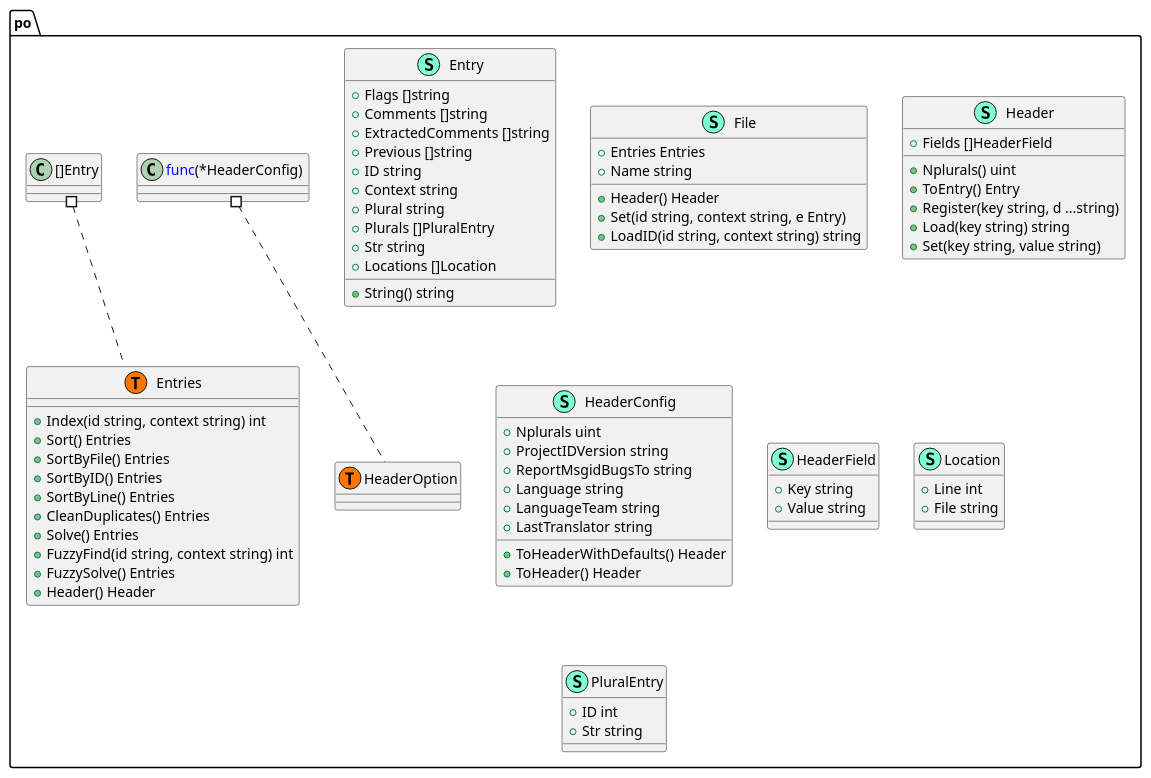
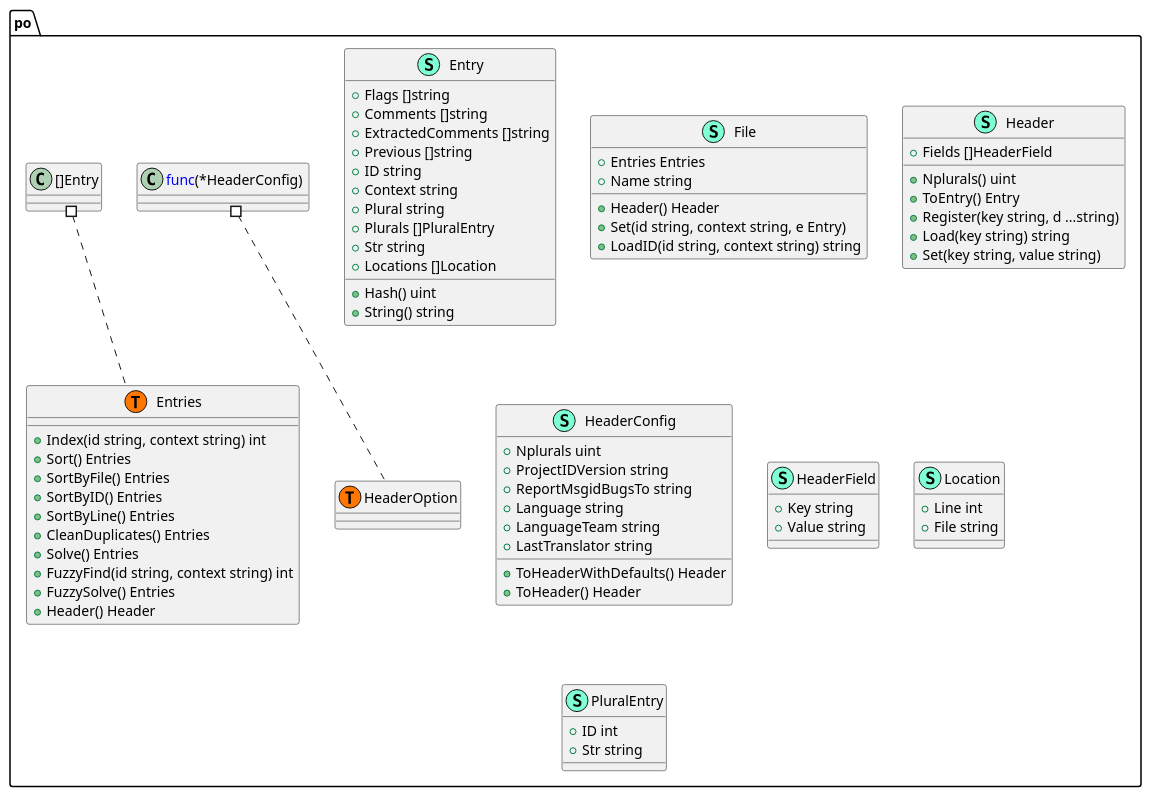
Before and after one commit to Tom5521/gotext-tools: the diagram in pkg/po/structure.puml, drawn with PlantUML. The commit also changed 5 other files, not shown here.

First line of the commit message:
refactor(compiler): restructure compiler architecture and update entry hashing

```diff
--- a/pkg/po/structure.puml
+++ b/pkg/po/structure.puml
@@ -1,86 +1,87 @@
 @startuml
 namespace po {
     class Entries << (S,Aquamarine) >> {
         + Index(id string, context string) int
         + Sort() Entries
         + SortByFile() Entries
         + SortByID() Entries
         + SortByLine() Entries
         + CleanDuplicates() Entries
         + Solve() Entries
         + FuzzyFind(id string, context string) int
         + FuzzySolve() Entries
         + Header() Header
 
     }
     class Entry << (S,Aquamarine) >> {
         + Flags []string
         + Comments []string
         + ExtractedComments []string
         + Previous []string
         + ID string
         + Context string
         + Plural string
         + Plurals []PluralEntry
         + Str string
         + Locations []Location
 
+        + Hash() uint
         + String() string
 
     }
     class File << (S,Aquamarine) >> {
         + Entries Entries
         + Name string
 
         + Header() Header
         + Set(id string, context string, e Entry) 
         + LoadID(id string, context string) string
 
     }
     class Header << (S,Aquamarine) >> {
         + Fields []HeaderField
 
         + Nplurals() uint
         + ToEntry() Entry
         + Register(key string, d ...string) 
         + Load(key string) string
         + Set(key string, value string) 
 
     }
     class HeaderConfig << (S,Aquamarine) >> {
         + Nplurals uint
         + ProjectIDVersion string
         + ReportMsgidBugsTo string
         + Language string
         + LanguageTeam string
         + LastTranslator string
 
         + ToHeaderWithDefaults() Header
         + ToHeader() Header
 
     }
     class HeaderField << (S,Aquamarine) >> {
         + Key string
         + Value string
 
     }
     class Location << (S,Aquamarine) >> {
         + Line int
         + File string
 
     }
     class PluralEntry << (S,Aquamarine) >> {
         + ID int
         + Str string
 
     }
     class po.Entries << (T, #FF7700) >>  {
     }
     class po.HeaderOption << (T, #FF7700) >>  {
     }
 }
 
 
 "po.<font color=blue>func</font>(*HeaderConfig) " #.. "po.HeaderOption"
 "po.[]Entry" #.. "po.Entries"
 @enduml
```
